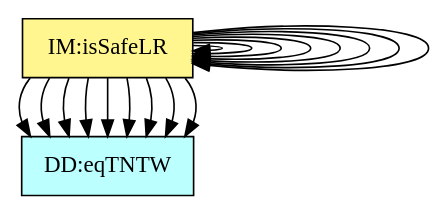
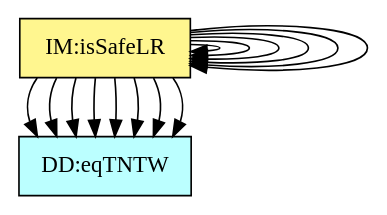
One commit to JacquesCarette/Drasil changed the diagram in code/stable/glassbr/TraceyGraph/refvsref.dot. Above: the diagram before and after it, drawn with Graphviz. The commit also changed 13 other files, not shown here.

Commit message:
Remove `tolLoad` IM (neglected to remove it in 883c78f3b20ef8505b61dc481624583bf170c5ea).

```diff
--- a/code/stable/glassbr/TraceyGraph/refvsref.dot
+++ b/code/stable/glassbr/TraceyGraph/refvsref.dot
@@ -1,56 +1,52 @@
 digraph refvsref {
 	theory:riskFun -> dataDefn:minThick;
 	theory:riskFun -> dataDefn:loadDurFactor;
 	theory:nFL -> dataDefn:minThick;
-	theory:nFL -> theory:tolLoad;
 	theory:dimlessLoad -> dataDefn:minThick;
 	theory:dimlessLoad -> dataDefn:glassTypeFac;
-	theory:tolLoad -> dataDefn:aR;
-	theory:tolLoad -> theory:sdfTol;
 	theory:sdfTol -> dataDefn:minThick;
 	theory:sdfTol -> dataDefn:loadDurFactor;
 	theory:probBr -> theory:riskFun;
 	theory:lResistance -> dataDefn:glassTypeFac;
 	theory:lResistance -> theory:nFL;
 	theory:isSafePb -> theory:probBr;
 	theory:isSafePb -> theory:isSafeLR;
 	theory:isSafeLR -> theory:lResistance;
 	theory:isSafeLR -> theory:isSafePb;
 
 
 	dataDefn:minThick	[shape=box, color=black, style=filled, fillcolor=paleturquoise1, label="DD:minThick"];
 	dataDefn:loadDurFactor	[shape=box, color=black, style=filled, fillcolor=paleturquoise1, label="DD:loadDurFactor"];
 	dataDefn:glassTypeFac	[shape=box, color=black, style=filled, fillcolor=paleturquoise1, label="DD:gTF"];
 	dataDefn:stdOffDist	[shape=box, color=black, style=filled, fillcolor=paleturquoise1, label="DD:standOffDist"];
 	dataDefn:aR	[shape=box, color=black, style=filled, fillcolor=paleturquoise1, label="DD:aspectRatio"];
 	dataDefn:eqTNTChar	[shape=box, color=black, style=filled, fillcolor=paleturquoise1, label="DD:eqTNTW"];
 
 	subgraph DD {
 	rank="same"
 	{dataDefn:minThick, dataDefn:loadDurFactor, dataDefn:glassTypeFac, dataDefn:stdOffDist, dataDefn:aR, dataDefn:eqTNTChar}
 	}
 
 	theory:isSafeProb	[shape=box, color=black, style=filled, fillcolor=pink, label="TM:isSafeProb"];
 	theory:isSafeLoad	[shape=box, color=black, style=filled, fillcolor=pink, label="TM:isSafeLoad"];
 
 	subgraph TM {
 	rank="same"
 	{theory:isSafeProb, theory:isSafeLoad}
 	}
 
 	theory:riskFun	[shape=box, color=black, style=filled, fillcolor=khaki1, label="IM:riskFun"];
 	theory:nFL	[shape=box, color=black, style=filled, fillcolor=khaki1, label="IM:nFL"];
 	theory:dimlessLoad	[shape=box, color=black, style=filled, fillcolor=khaki1, label="IM:dimlessLoad"];
-	theory:tolLoad	[shape=box, color=black, style=filled, fillcolor=khaki1, label="IM:tolLoad"];
 	theory:sdfTol	[shape=box, color=black, style=filled, fillcolor=khaki1, label="IM:sdfTol"];
 	theory:probBr	[shape=box, color=black, style=filled, fillcolor=khaki1, label="IM:probOfBreak"];
 	theory:lResistance	[shape=box, color=black, style=filled, fillcolor=khaki1, label="IM:calofCapacity"];
 	theory:isSafePb	[shape=box, color=black, style=filled, fillcolor=khaki1, label="IM:isSafePb"];
 	theory:isSafeLR	[shape=box, color=black, style=filled, fillcolor=khaki1, label="IM:isSafeLR"];
 
 	subgraph IM {
 	rank="same"
-	{theory:riskFun, theory:nFL, theory:dimlessLoad, theory:tolLoad, theory:sdfTol, theory:probBr, theory:lResistance, theory:isSafePb, theory:isSafeLR}
+	{theory:riskFun, theory:nFL, theory:dimlessLoad, theory:sdfTol, theory:probBr, theory:lResistance, theory:isSafePb, theory:isSafeLR}
 	}
 
 }
```
